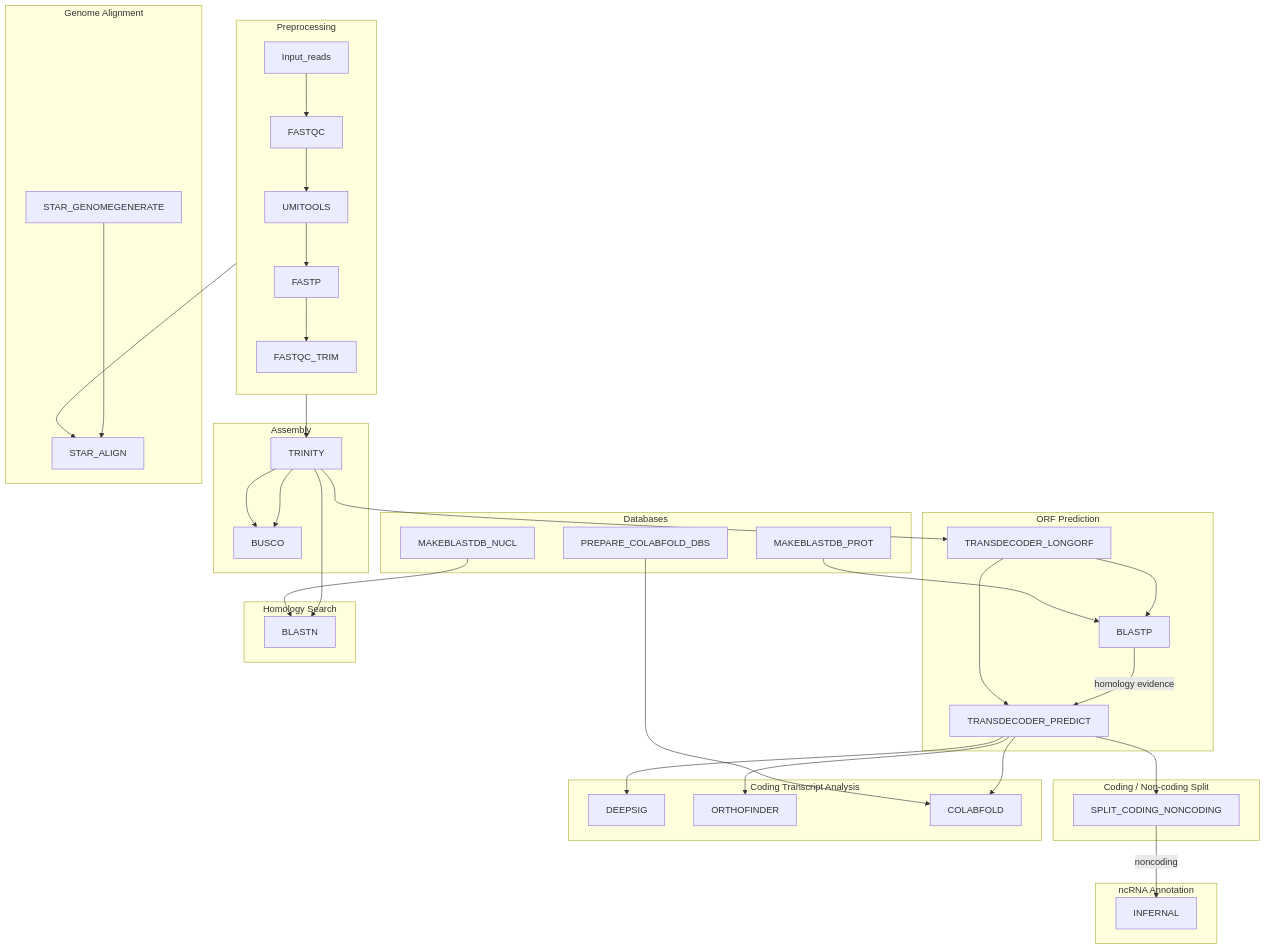
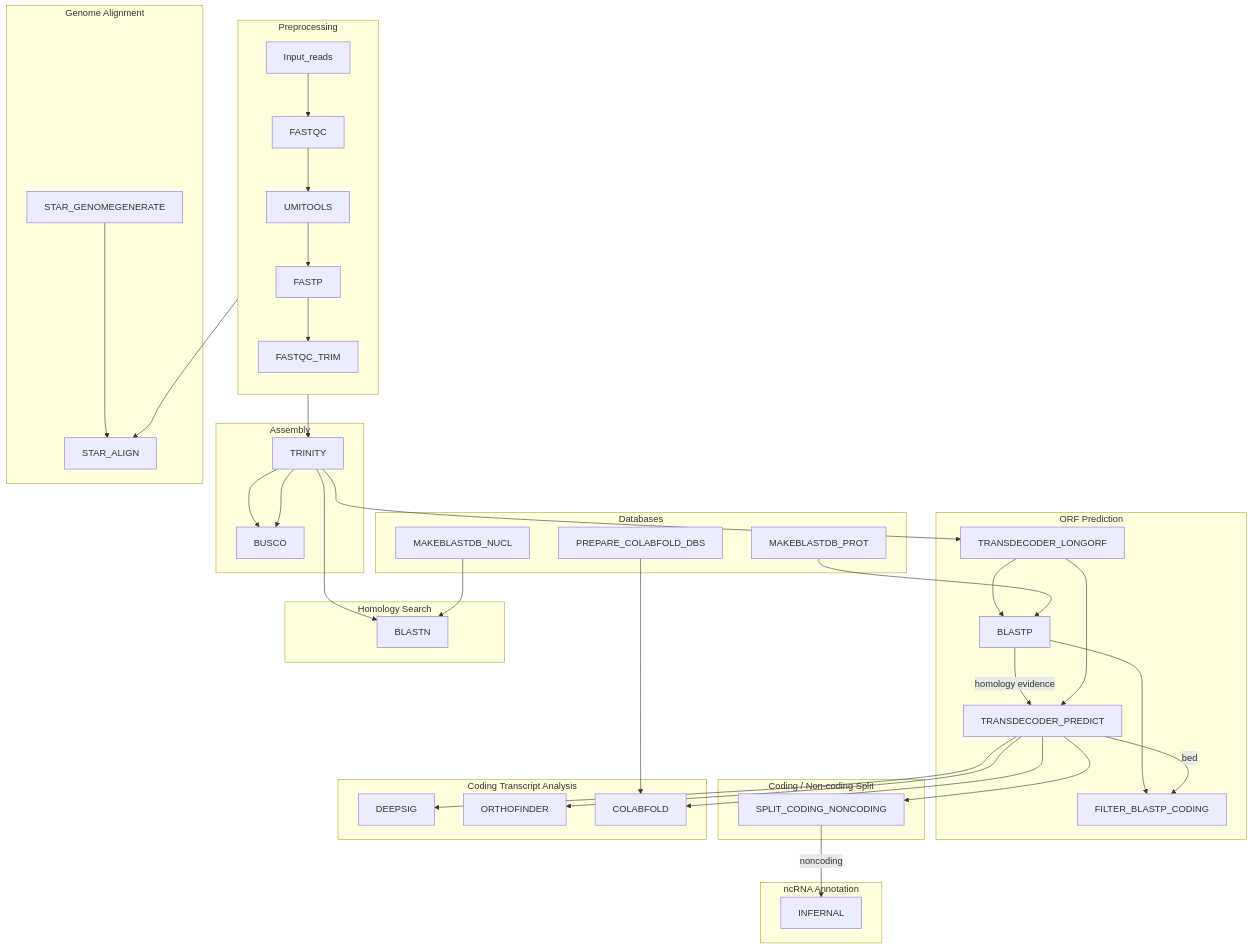
Before and after one commit to EPegueroS/transcriptassembler: the diagram in README.md, drawn with Mermaid. The commit also changed 5 other files, not shown here.

````diff
--- a/README.md
+++ b/README.md
@@ -22,67 +22,69 @@
 ```mermaid
 graph TD;
     subgraph PRE["Preprocessing"]
         direction TB
         Input_reads --> FASTQC --> UMITOOLS --> FASTP --> FASTQC_TRIM
     end
 
     subgraph ASSEMBLY["Assembly"]
         TRINITY
         BUSCO
         TRINITY --> BUSCO
     end
 
     subgraph ORF["ORF Prediction"]
         TRANSDECODER_LONGORF --> BLASTP
         BLASTP -->|homology evidence| TRANSDECODER_PREDICT
         TRANSDECODER_LONGORF --> TRANSDECODER_PREDICT
+        BLASTP --> FILTER_BLASTP_CODING
+        TRANSDECODER_PREDICT -->|bed| FILTER_BLASTP_CODING
     end
 
     subgraph SPLIT["Coding / Non-coding Split"]
         SPLIT_CODING_NONCODING
     end
 
     subgraph NCRNA["ncRNA Annotation"]
         INFERNAL
     end
 
     subgraph CODING["Coding Transcript Analysis"]
         DEEPSIG
         ORTHOFINDER
         COLABFOLD
     end
 
     subgraph HOMOLOGY["Homology Search"]
         BLASTN
     end
 
     subgraph ALIGNMENT["Genome Alignment"]
         STAR_GENOMEGENERATE --> STAR_ALIGN
     end
 
     subgraph DBS["Databases"]
         MAKEBLASTDB_PROT
         MAKEBLASTDB_NUCL
         PREPARE_COLABFOLD_DBS
     end
 
     %% Cross-subgraph edges
     FASTQC_TRIM --> TRINITY
     FASTP --> STAR_ALIGN
 
     TRINITY --> TRANSDECODER_LONGORF
     TRINITY --> BUSCO
     TRINITY --> BLASTN
 
     MAKEBLASTDB_PROT --> BLASTP
     MAKEBLASTDB_NUCL --> BLASTN
 
     TRANSDECODER_PREDICT --> SPLIT_CODING_NONCODING
     TRANSDECODER_PREDICT --> DEEPSIG
     TRANSDECODER_PREDICT --> ORTHOFINDER
     TRANSDECODER_PREDICT --> COLABFOLD
 
     SPLIT_CODING_NONCODING -->|noncoding| INFERNAL
 
     PREPARE_COLABFOLD_DBS --> COLABFOLD
 ```
````
